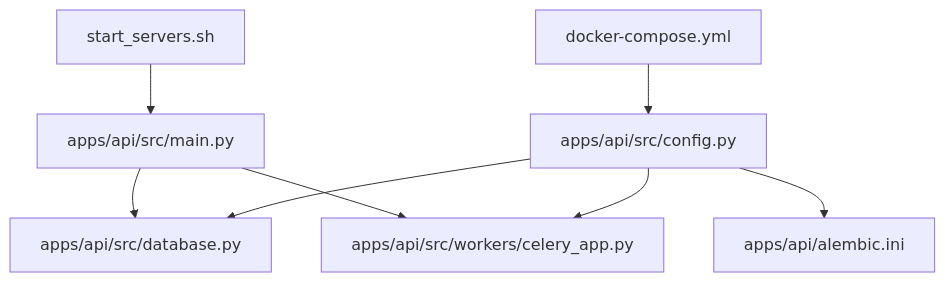
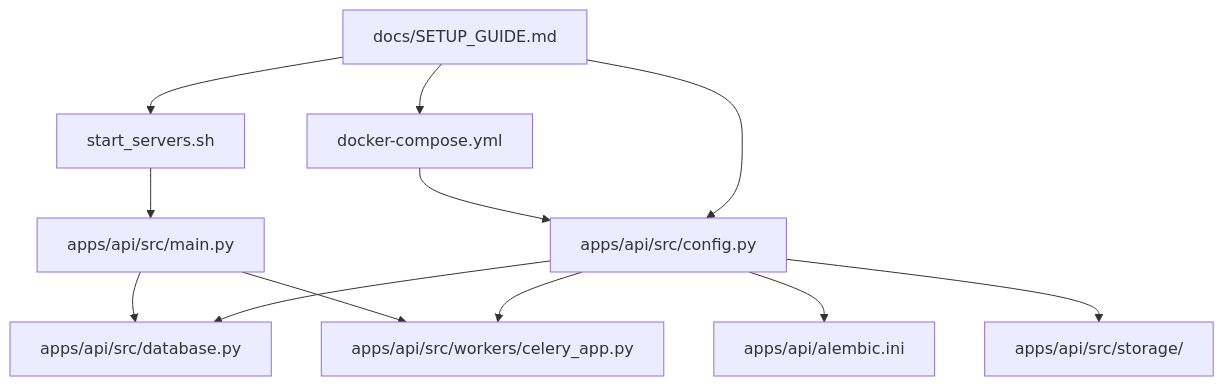
One commit to userisaziz/samaa-ai changed the first of 6 diagrams in .qoder/repowiki/en/content/Configuration & Environment Management.md. Above: the diagram before and after it, drawn with Mermaid. The commit also changed other lines of this file and 2 other files, not shown here.

````diff
--- a/.qoder/repowiki/en/content/Configuration & Environment Management.md
+++ b/.qoder/repowiki/en/content/Configuration & Environment Management.md
@@ -38,17 +57,23 @@
 ```mermaid
 graph TB
 DC["docker-compose.yml"]
 SH["start_servers.sh"]
 CFG["apps/api/src/config.py"]
 MAIN["apps/api/src/main.py"]
 DBMOD["apps/api/src/database.py"]
 CELERY["apps/api/src/workers/celery_app.py"]
 ALEMBIC["apps/api/alembic.ini"]
+SETUP["docs/SETUP_GUIDE.md"]
+STORAGE["apps/api/src/storage/"]
 DC --> CFG
 SH --> MAIN
 MAIN --> DBMOD
 MAIN --> CELERY
 CFG --> DBMOD
 CFG --> CELERY
 CFG --> ALEMBIC
+CFG --> STORAGE
+SETUP --> CFG
+SETUP --> DC
+SETUP --> SH
 ```
````
